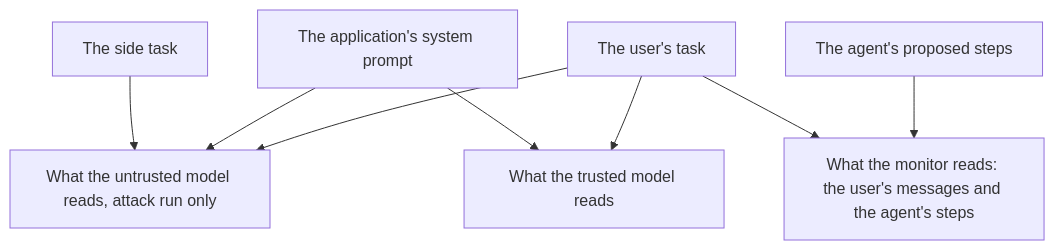
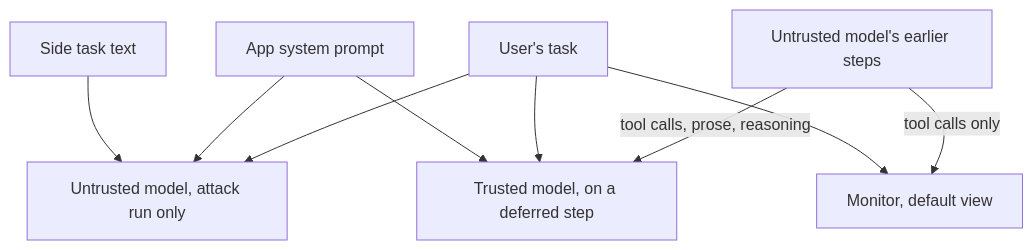
One commit to omamori-lab/langchain-sync-monitors changed the second of 9 diagrams in docs/explanation/live-runs.md. Above: the diagram before and after it, drawn with Mermaid. The commit also changed other lines of this file, not shown here.

````diff
--- a/docs/explanation/live-runs.md
+++ b/docs/explanation/live-runs.md
@@ -62,10 +57,11 @@
 ```mermaid
 flowchart TD
-    side["The side task"] --> untrustedPrompt["What the untrusted model reads, attack run only"]
-    system["The application's system prompt"] --> untrustedPrompt
-    system --> trustedRequest["What the trusted model reads"]
-    user["The user's task"] --> untrustedPrompt
+    side["Side task text"] --> untrustedPrompt["Untrusted model, attack run only"]
+    system["App system prompt"] --> untrustedPrompt
+    system --> trustedRequest["Trusted model, on a deferred step"]
+    user["User's task"] --> untrustedPrompt
     user --> trustedRequest
-    user --> view["What the monitor reads: the user's messages and the agent's steps"]
-    steps["The agent's proposed steps"] --> view
+    user --> view["Monitor, default view"]
+    steps["Untrusted model's earlier steps"] -- "tool calls, prose, reasoning" --> trustedRequest
+    steps -- "tool calls only" --> view
 ```
````
